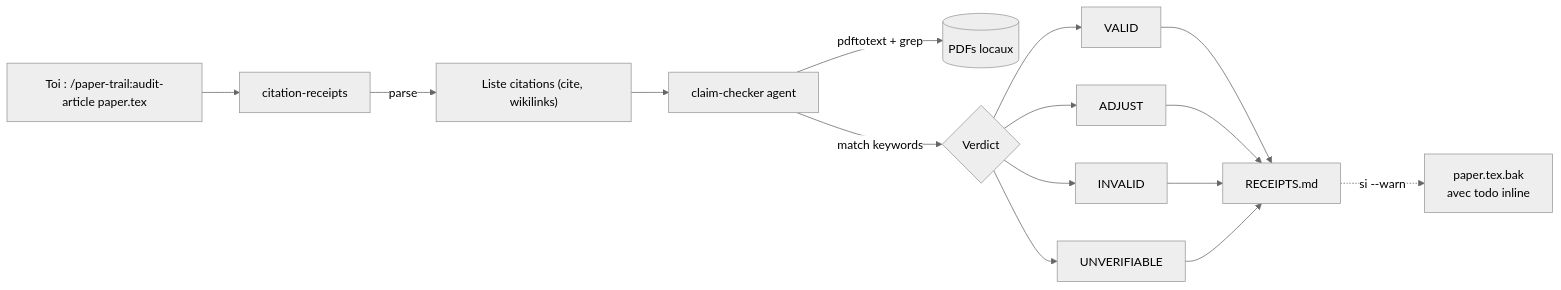
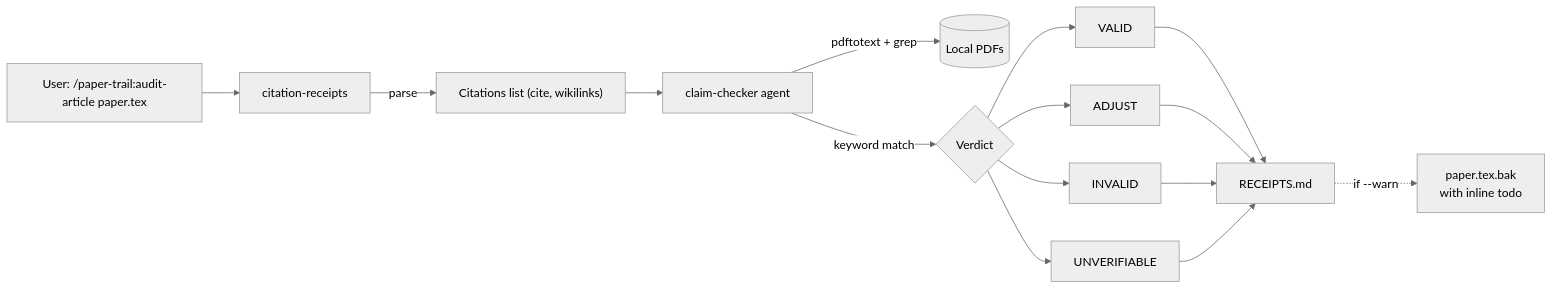
One commit to roomi-fields/paper-trail changed the fourth of 4 diagrams in docs/ARCHITECTURE.md. Above: the diagram before and after it, drawn with Mermaid (neutral theme). The commit also changed other lines of this file and 11 other files, not shown here.

````diff
--- a/docs/ARCHITECTURE.md
+++ b/docs/ARCHITECTURE.md
@@ -156,18 +156,18 @@
 ```mermaid
 flowchart LR
-    U["Toi : /paper-trail:audit-article paper.tex"] --> CR[citation-receipts]
-    CR -->|parse| CITES["Liste citations (cite, wikilinks)"]
+    U["User: /paper-trail:audit-article paper.tex"] --> CR[citation-receipts]
+    CR -->|parse| CITES["Citations list (cite, wikilinks)"]
     CITES --> CC[claim-checker agent]
-    CC -->|pdftotext + grep| PDFS[(PDFs locaux)]
-    CC -->|match keywords| VERDICT{Verdict}
+    CC -->|pdftotext + grep| PDFS[(Local PDFs)]
+    CC -->|keyword match| VERDICT{Verdict}
     VERDICT --> V[VALID]
     VERDICT --> A[ADJUST]
     VERDICT --> I[INVALID]
     VERDICT --> UV[UNVERIFIABLE]
     V --> REC
     A --> REC
     I --> REC
     UV --> REC
     REC[RECEIPTS.md]
-    REC -.si --warn.-> BAK["paper.tex.bak<br/>avec todo inline"]
+    REC -.if --warn.-> BAK["paper.tex.bak<br/>with inline todo"]
 ```
````
